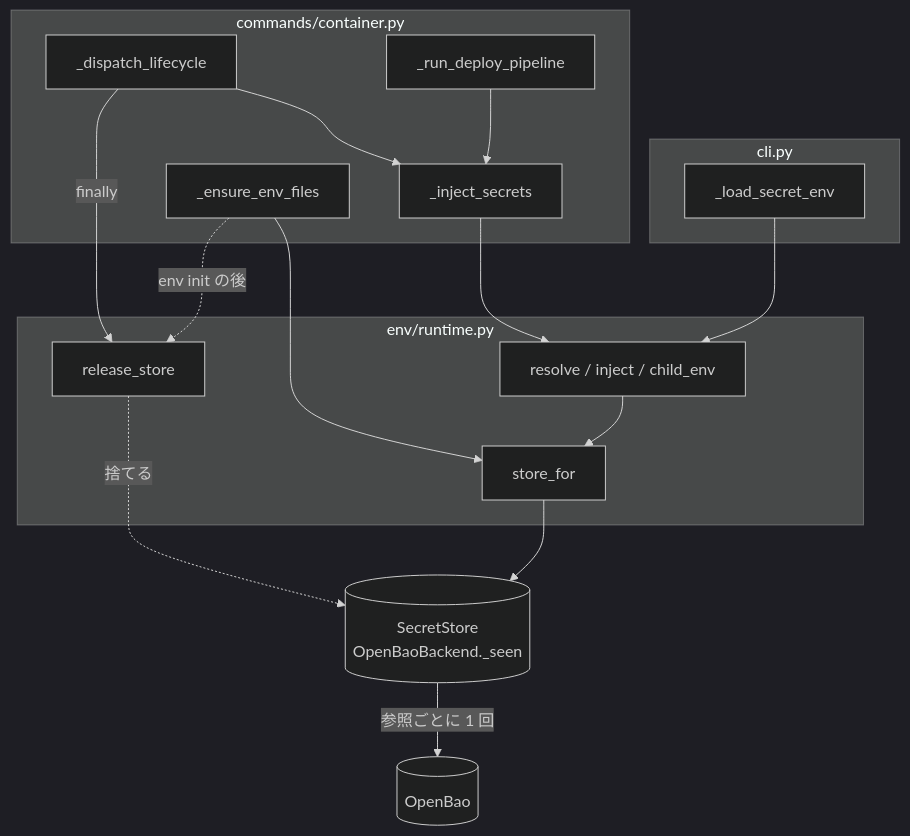
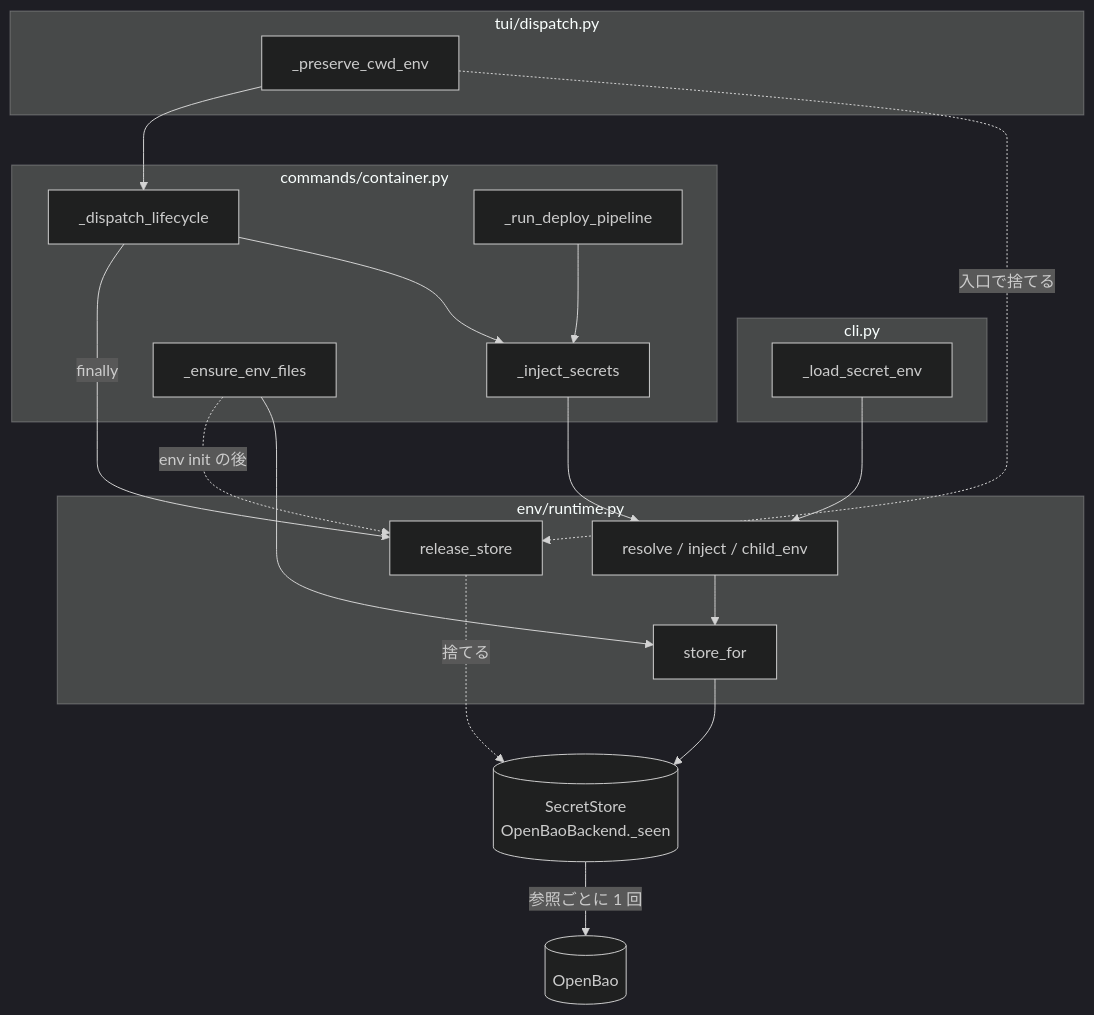
Before and after one commit to devbasex/devbase: the first of 3 diagrams in issues/PLAN55_up-single-injection-design.md, drawn with Mermaid (dark theme). The commit also changed other lines of this file and 1 other file, not shown here.

First line of the commit message:
docs(PLAN55): TUI は操作の入口で控えを捨てる（決定 3 を改める）

````diff
--- a/issues/PLAN55_up-single-injection-design.md
+++ b/issues/PLAN55_up-single-injection-design.md
@@ -35,30 +38,35 @@
 ```mermaid
 graph TD
     subgraph cli [cli.py]
         LOAD[_load_secret_env]
+    end
+    subgraph tui [tui/dispatch.py]
+        TD[_preserve_cwd_env]
     end
     subgraph container [commands/container.py]
         DL[_dispatch_lifecycle]
         INJ[_inject_secrets]
         ENS[_ensure_env_files]
         DEP[_run_deploy_pipeline]
     end
     subgraph runtime [env/runtime.py]
         SF[store_for]
         RS[release_store]
         RES[resolve / inject / child_env]
     end
     ST[(SecretStore<br/>OpenBaoBackend._seen)]
     SRV[(OpenBao)]
     LOAD --> RES
+    TD -.入口で捨てる.-> RS
+    TD --> DL
     DL --> INJ
     DL -->|finally| RS
     INJ --> RES
     ENS --> SF
     ENS -.env init の後.-> RS
     DEP --> INJ
     RES --> SF
     SF --> ST
     RS -.捨てる.-> ST
     ST -->|参照ごとに 1 回| SRV
 ```
````
